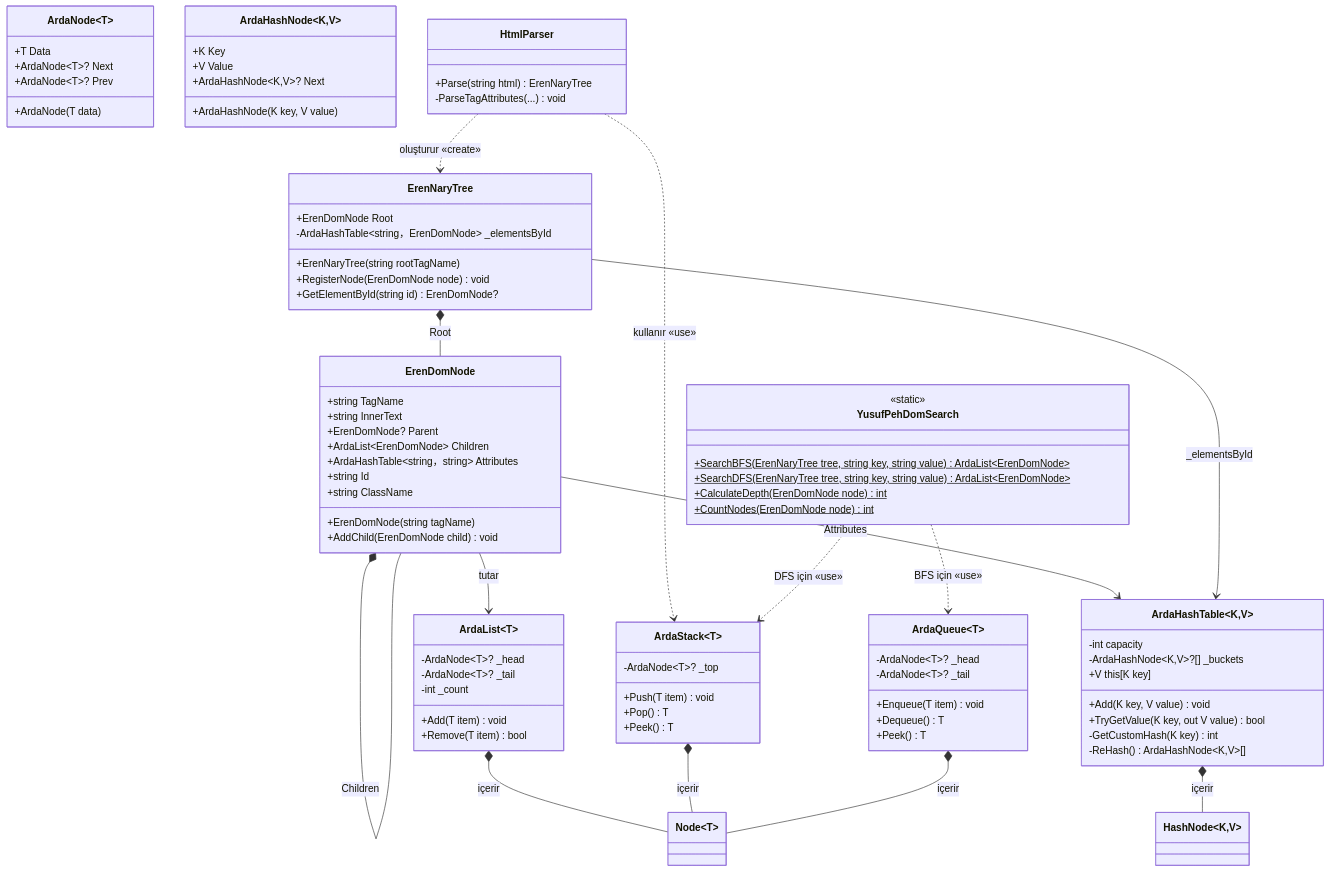
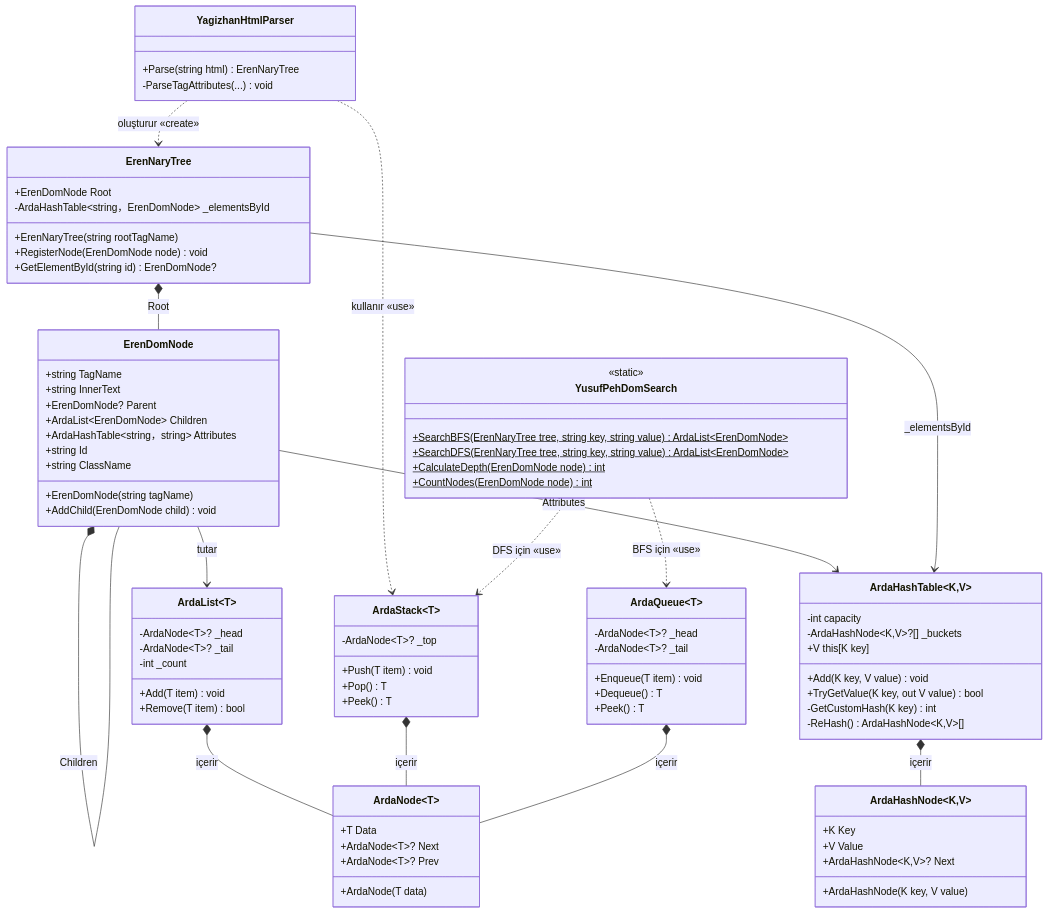
One commit to yagiz-dev/veri-yapilari-proje changed the diagram in README.md. Above: the diagram before and after it, drawn with Mermaid. The commit also changed other lines of this file and 2 other files, not shown here.

Commit message:
Parser'a kendi adımı verdim (#33)

````diff
--- a/README.md
+++ b/README.md
@@ -166,7 +166,7 @@
     %% KATMAN 3 & 4 — Parser & Algorithms
     %% ══════════════════════════════════════════════
 
-    class HtmlParser {
+    class YagizhanHtmlParser {
         +Parse(string html) ErenNaryTree
         -ParseTagAttributes(...) void
     }
@@ -183,10 +183,10 @@
     %%                 İLİŞKİLER
     %% ══════════════════════════════════════════════
 
-    `ArdaList~T~` *-- `Node~T~` : içerir
-    `ArdaStack~T~` *-- `Node~T~` : içerir
-    `ArdaQueue~T~` *-- `Node~T~` : içerir
-    `ArdaHashTable~K,V~` *-- `HashNode~K,V~` : içerir
+    `ArdaList~T~` *-- `ArdaNode~T~` : içerir
+    `ArdaStack~T~` *-- `ArdaNode~T~` : içerir
+    `ArdaQueue~T~` *-- `ArdaNode~T~` : içerir
+    `ArdaHashTable~K,V~` *-- `ArdaHashNode~K,V~` : içerir
     
     ErenNaryTree *-- ErenDomNode : Root
     ErenDomNode *-- ErenDomNode : Children
@@ -194,8 +194,8 @@
     ErenDomNode --> `ArdaHashTable~string，string~` : Attributes
     ErenNaryTree --> `ArdaHashTable~string，ErenDomNode~` : _elementsById
 
-    HtmlParser ..> ErenNaryTree : oluşturur «create»
-    HtmlParser ..> `ArdaStack~T~` : kullanır «use»
+    YagizhanHtmlParser ..> ErenNaryTree : oluşturur «create»
+    YagizhanHtmlParser ..> `ArdaStack~T~` : kullanır «use»
     YusufPehDomSearch..> `ArdaQueue~T~` : BFS için «use»
     YusufPehDomSearch ..> `ArdaStack~T~` : DFS için «use»
 ```
````
